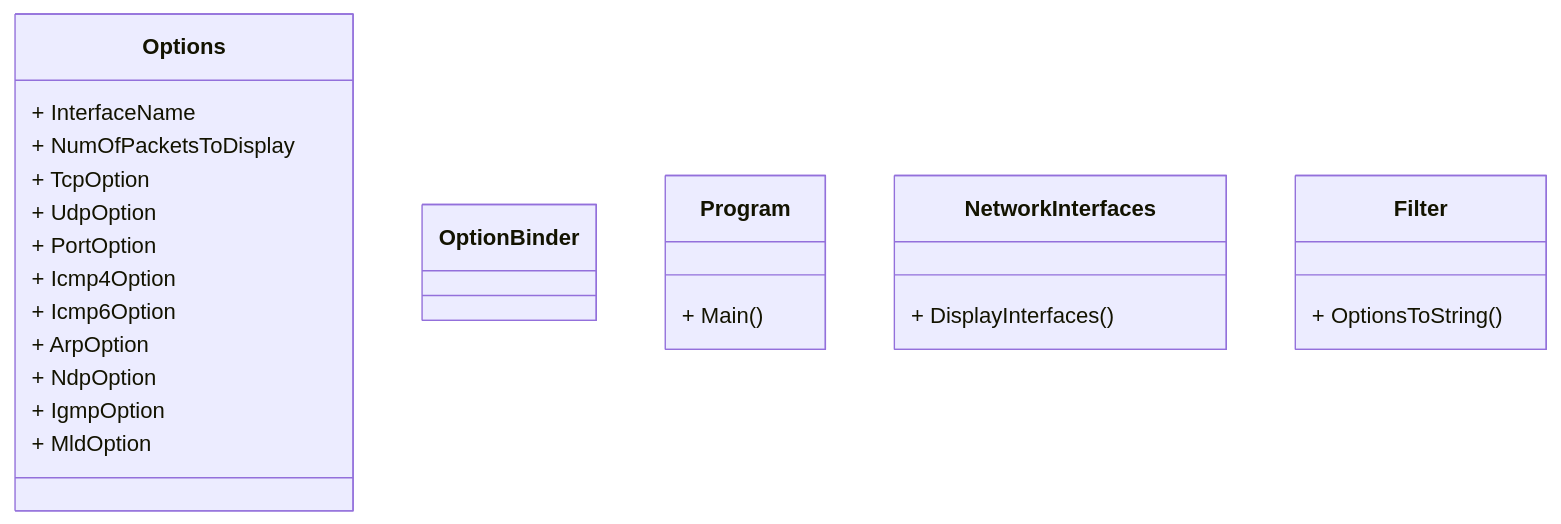
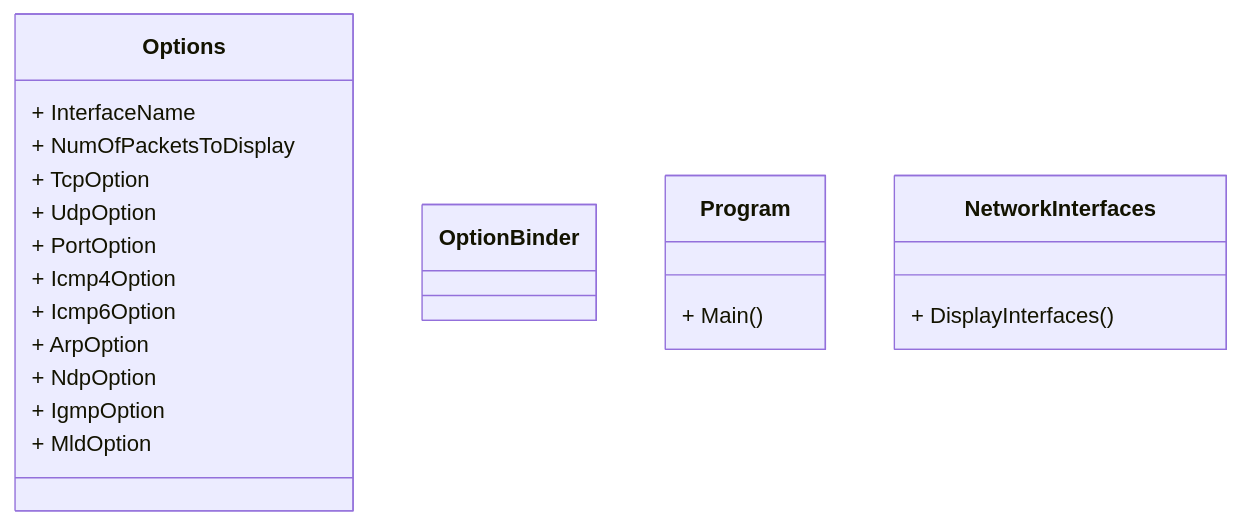
The diagram in README.md (mariantaragel/ipk-sniffer), drawn with Mermaid before and after one commit. The commit also changed other lines of this file, not shown here.

````diff
--- a/README.md
+++ b/README.md
@@ -8,22 +8,20 @@
 ```mermaid
 classDiagram
 class Options
 	Options : + InterfaceName
 	Options : + NumOfPacketsToDisplay
 	Options : + TcpOption
 	Options : + UdpOption
 	Options : + PortOption
 	Options : + Icmp4Option
 	Options : + Icmp6Option
 	Options : + ArpOption
 	Options : + NdpOption
 	Options : + IgmpOption
 	Options : + MldOption
 class OptionBinder
 class Program
     Program : + Main()
 class NetworkInterfaces
 	NetworkInterfaces : + DisplayInterfaces()
-class Filter
-	Filter : + OptionsToString()
 ```
````
